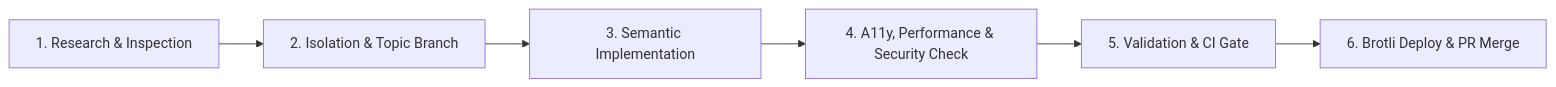
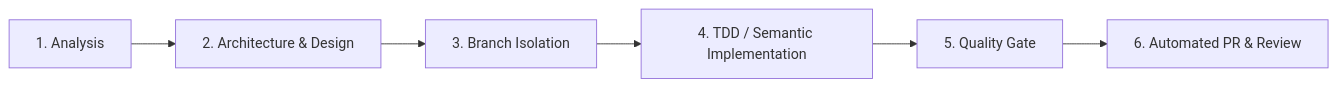
The diagram in AGENTS.md (AndreasBild/vokalis), drawn with Mermaid before and after one commit. The commit also changed other lines of this file and 15 other files, not shown here.

Commit message:
chore: configure 6-stage AI agent governance, modular rules and quality gate (#17)

````diff
--- a/AGENTS.md
+++ b/AGENTS.md
@@ -48,8 +12,8 @@
 ```mermaid
 flowchart LR
-    S1[1. Research & Inspection] --> S2[2. Isolation & Topic Branch]
-    S2 --> S3[3. Semantic Implementation]
-    S3 --> S4[4. A11y, Performance & Security Check]
-    S4 --> S5[5. Validation & CI Gate]
-    S5 --> S6[6. Brotli Deploy & PR Merge]
+    S1["1. Analysis"] --> S2["2. Architecture & Design"]
+    S2 --> S3["3. Branch Isolation"]
+    S3 --> S4["4. TDD / Semantic Implementation"]
+    S4 --> S5["5. Quality Gate"]
+    S5 --> S6["6. Automated PR & Review"]
 ```
````
